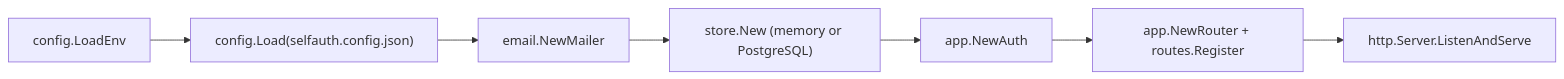
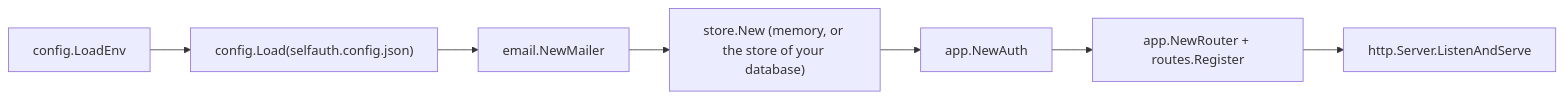
The diagram in website/structure/gin.md (thetejasmagade/selfauth), drawn with Mermaid before and after one commit. The commit also changed other lines of this file and 71 other files, not shown here.

First line of the commit message:
Gin: every database (MySQL, SQLite, MongoDB) composed dynamically

````diff
--- a/website/structure/gin.md
+++ b/website/structure/gin.md
@@ -68,9 +71,9 @@
 ```mermaid
 flowchart LR
   env["config.LoadEnv"] --> cfg["config.Load(selfauth.config.json)"]
   cfg --> mail["email.NewMailer"]
-  mail --> st["store.New (memory or PostgreSQL)"]
+  mail --> st["store.New (memory, or the store of your database)"]
   st --> auth["app.NewAuth"]
   auth --> router["app.NewRouter + routes.Register"]
   router --> listen["http.Server.ListenAndServe"]
 ```
````
